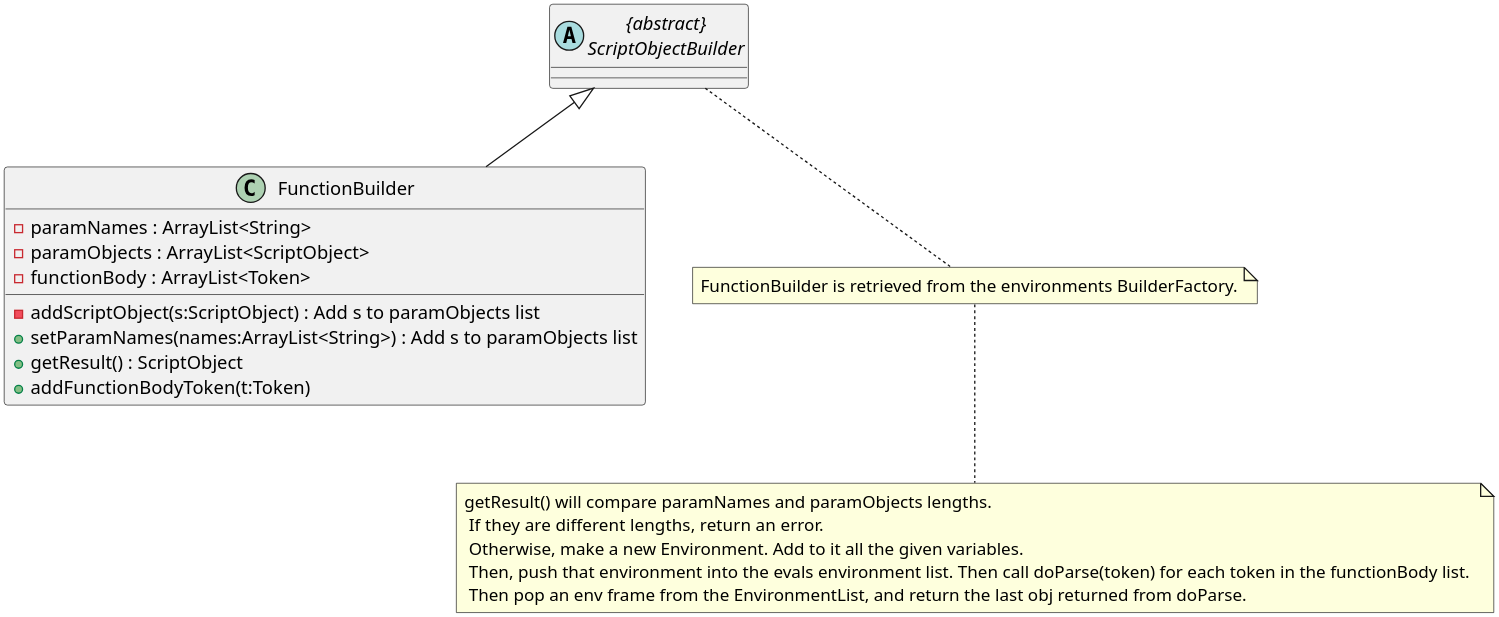
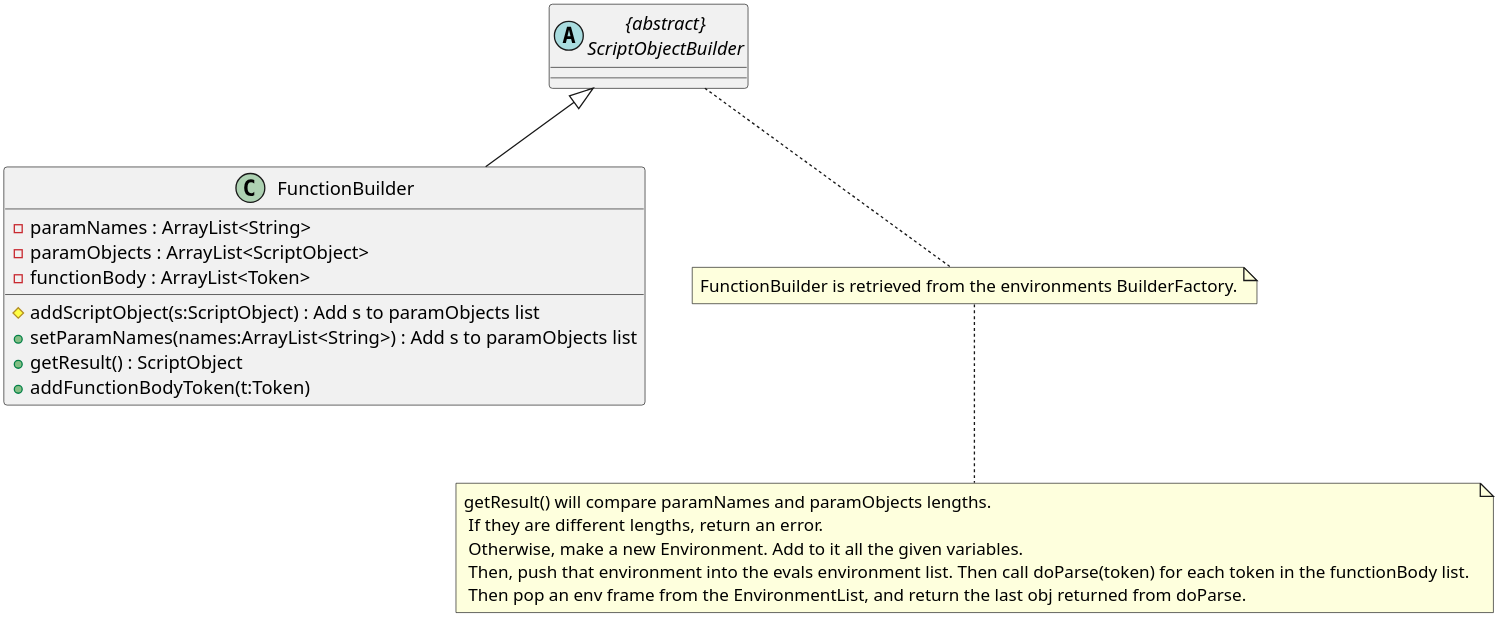
The diagram in Builder/FunctionBuilder.org (MatthewBregg/DesignPatternsRepo), drawn with PlantUML before and after one commit. The commit also changed 10 other files, not shown here.

Commit message:
Started work on family builder, and made addScriptObject be protected

```diff
--- a/Builder/FunctionBuilder.org
+++ b/Builder/FunctionBuilder.org
@@ -1,19 +1,19 @@
   #+BEGIN_SRC plantuml :file FunctionBuilder.png
 skinparam dpi 300
 class FunctionBuilder
 
 abstract class ScriptObjectBuilder as "{abstract}\nScriptObjectBuilder"
 
 ScriptObjectBuilder <|-- FunctionBuilder
 FunctionBuilder : -paramNames : ArrayList<String>
 FunctionBuilder : -paramObjects : ArrayList<ScriptObject>
-FunctionBuilder : -addScriptObject(s:ScriptObject) : Add s to paramObjects list
+FunctionBuilder : #addScriptObject(s:ScriptObject) : Add s to paramObjects list
 FunctionBuilder : +setParamNames(names:ArrayList<String>) : Add s to paramObjects list
 FunctionBuilder : +getResult() : ScriptObject 
 FunctionBuilder : -functionBody : ArrayList<Token>
 FunctionBuilder : +addFunctionBodyToken(t:Token)
 
 note bottom : FunctionBuilder is retrieved from the environments BuilderFactory.
 note bottom : getResult() will compare paramNames and paramObjects lengths. \n If they are different lengths, return an error. \n Otherwise, make a new Environment. Add to it all the given variables. \n Then, push that environment into the evals environment list. Then call doParse(token) for each token in the functionBody list. \n Then pop an env frame from the EnvironmentList, and return the last obj returned from doParse.
 
   #+END_SRC
```
